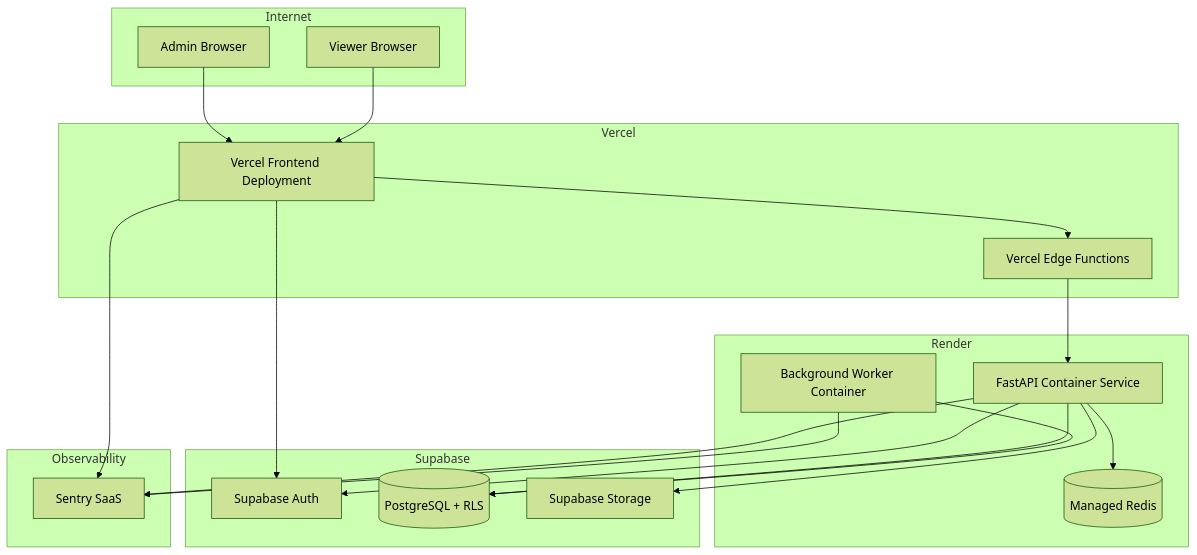
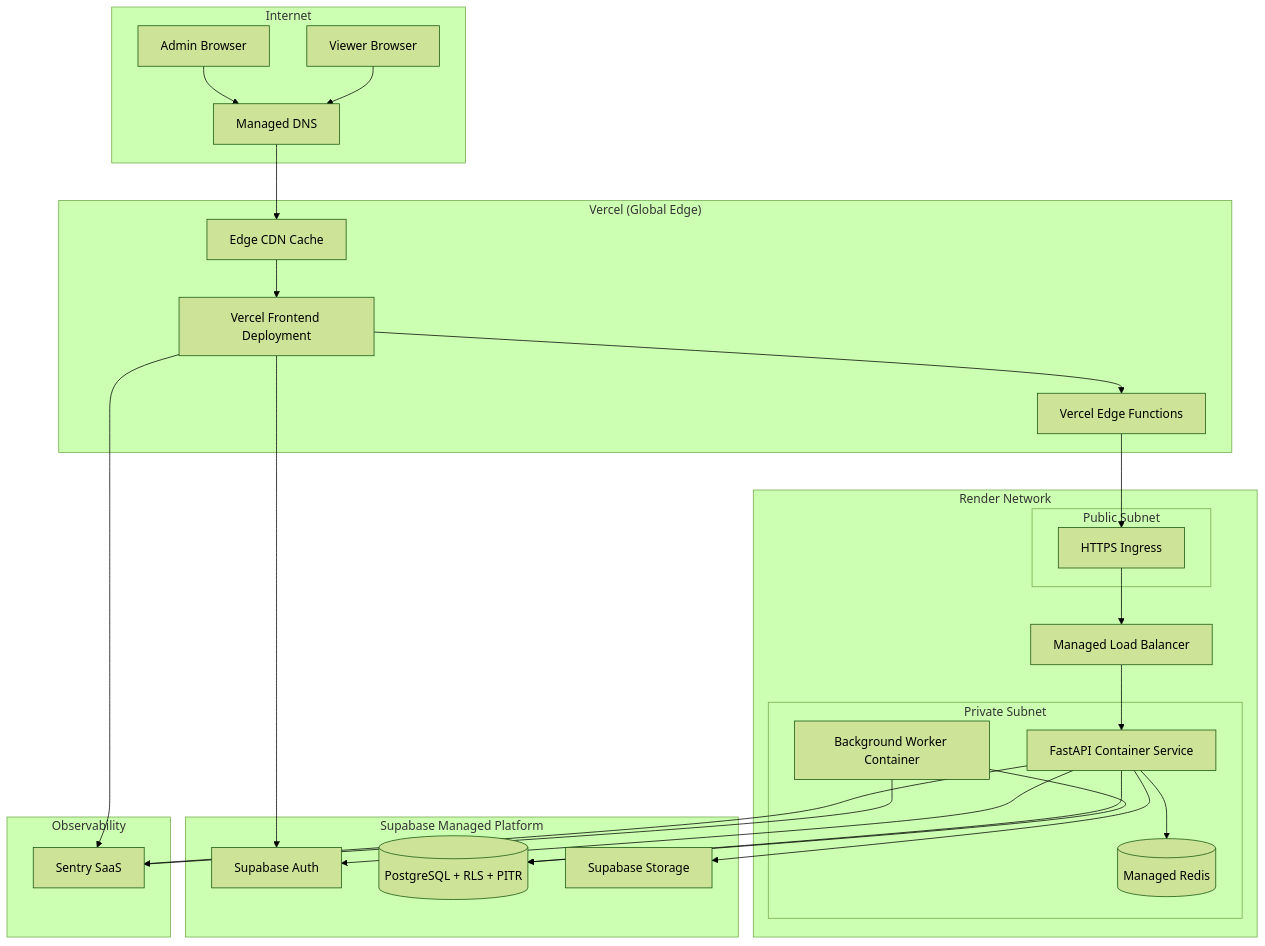
Before and after one commit to alonsovndev/open-projects-hub-docs: the diagram in docs/3-architecture/diagrams/deployment-aws.mmd, drawn with Mermaid (forest theme). The commit also changed 5 other files, not shown here.

Commit message:
Add deployment, observability, and CI/CD architecture docs

```diff
--- a/docs/3-architecture/diagrams/deployment-aws.mmd
+++ b/docs/3-architecture/diagrams/deployment-aws.mmd
@@ -1,40 +1,48 @@
 flowchart TB
     subgraph Internet
         Admin[Admin Browser]
         Viewer[Viewer Browser]
+        DNS[Managed DNS]
     end
 
-    subgraph Vercel
+    subgraph Vercel["Vercel (Global Edge)"]
         FE[Vercel Frontend Deployment]
         Edge[Vercel Edge Functions]
+        CDN[Edge CDN Cache]
     end
 
-    subgraph Render
-        API[FastAPI Container Service]
-        Worker[Background Worker Container]
-        Redis[(Managed Redis)]
+    subgraph Render["Render Network"]
+        LB[Managed Load Balancer]
+        subgraph PublicSubnet["Public Subnet"]
+            Ingress[HTTPS Ingress]
+        end
+        subgraph PrivateSubnet["Private Subnet"]
+            API[FastAPI Container Service]
+            Worker[Background Worker Container]
+            Redis[(Managed Redis)]
+        end
     end
 
-    subgraph Supabase
+    subgraph Supabase["Supabase Managed Platform"]
         Auth[Supabase Auth]
-        DB[(PostgreSQL + RLS)]
+        DB[(PostgreSQL + RLS + PITR)]
         Storage[Supabase Storage]
     end
 
     subgraph Observability
         Sentry[Sentry SaaS]
     end
 
-    Admin --> FE
-    Viewer --> FE
-    FE --> Edge --> API
+    Admin --> DNS --> CDN --> FE
+    Viewer --> DNS
+    FE --> Edge --> Ingress --> LB --> API
     FE --> Auth
     API --> Auth
     API --> DB
     Worker --> DB
     API --> Storage
     API --> Redis
 
     FE --> Sentry
     API --> Sentry
     Worker --> Sentry
```
